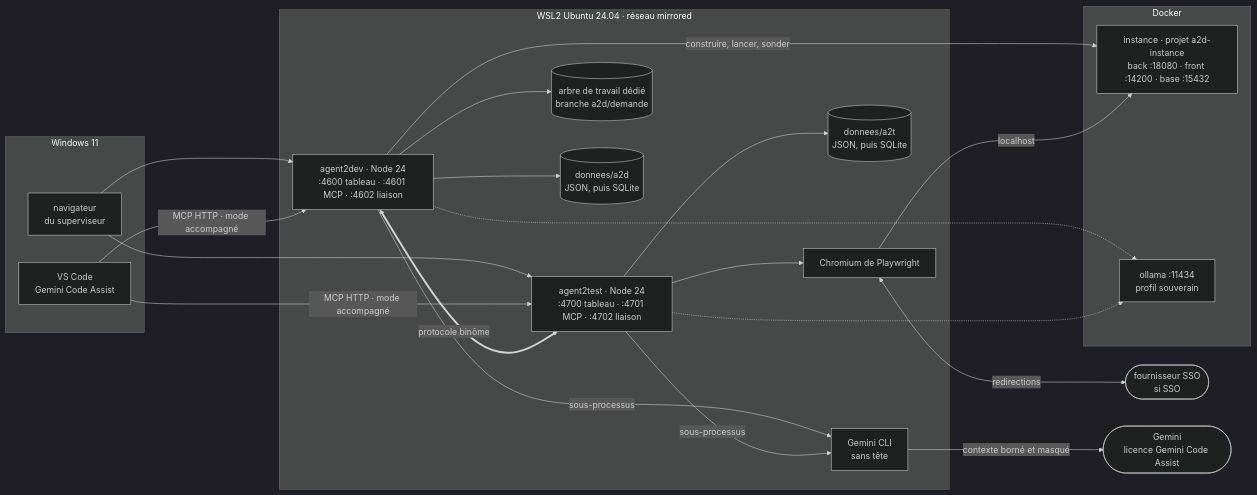
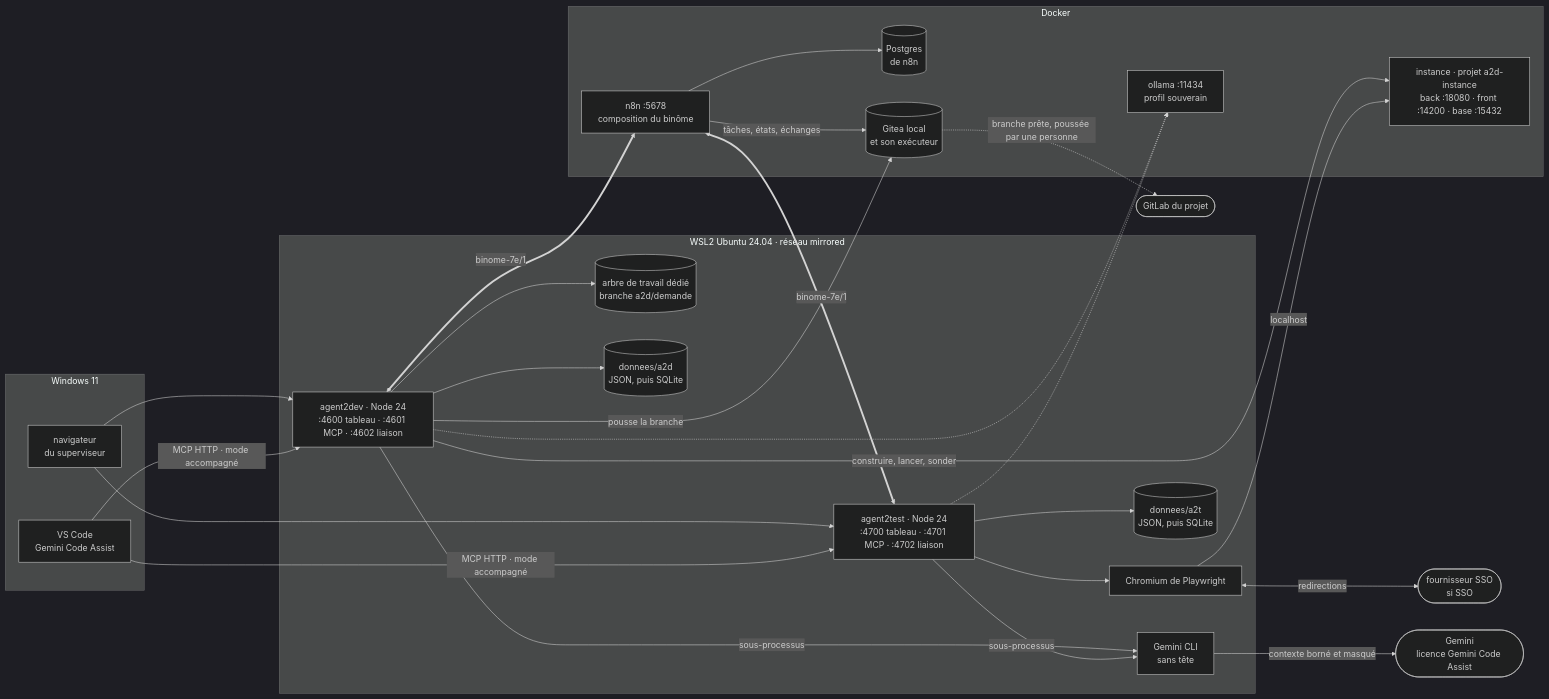
Before and after one commit to FredGarcia/Agent2Dev: the sixth of 6 diagrams in 01-architectureBinome.md, drawn with Mermaid (dark theme). The commit also changed other lines of this file and 5 other files, not shown here.

````diff
--- a/01-architectureBinome.md
+++ b/01-architectureBinome.md
@@ -744,39 +762,48 @@
 ```mermaid
 flowchart LR
   IDP(["fournisseur SSO<br/>si SSO"])
   GCP(["Gemini<br/>licence Gemini Code Assist"])
+  GL(["GitLab du projet"])
   subgraph WIN["Windows 11"]
     VSC["VS Code<br/>Gemini Code Assist"]
     NAV["navigateur<br/>du superviseur"]
   end
   subgraph WSL["WSL2 Ubuntu 24.04 · réseau mirrored"]
     A2D["agent2dev · Node 24<br/>:4600 tableau · :4601 MCP · :4602 liaison"]
     A2T["agent2test · Node 24<br/>:4700 tableau · :4701 MCP · :4702 liaison"]
     CLI["Gemini CLI<br/>sans tête"]
     WT[("arbre de travail dédié<br/>branche a2d/demande")]
     DDEV[("donnees/a2d<br/>JSON, puis SQLite")]
     DTST[("donnees/a2t<br/>JSON, puis SQLite")]
     CHR["Chromium de Playwright"]
   end
   subgraph DOCK["Docker"]
+    N8N["n8n :5678<br/>composition du binôme"]
+    PG[("Postgres<br/>de n8n")]
+    GITEA[("Gitea local<br/>et son exécuteur")]
     INST["instance · projet a2d-instance<br/>back :18080 · front :14200 · base :15432"]
     OLL["ollama :11434<br/>profil souverain"]
   end
   NAV --> A2D
   NAV --> A2T
   VSC -->|"MCP HTTP · mode accompagné"| A2D
   VSC -->|"MCP HTTP · mode accompagné"| A2T
-  A2D <==>|"protocole binôme"| A2T
+  A2D <==>|"binome-7e/1"| N8N
+  N8N <==>|"binome-7e/1"| A2T
+  N8N --> PG
+  N8N -->|"tâches, états, échanges"| GITEA
+  A2D -->|"pousse la branche"| GITEA
+  GITEA -.->|"branche prête, poussée par une personne"| GL
   A2D -->|"sous-processus"| CLI
   A2T -->|"sous-processus"| CLI
   CLI -->|"contexte borné et masqué"| GCP
   A2D --> WT
   A2D --> DDEV
   A2T --> DTST
   A2D -->|"construire, lancer, sonder"| INST
   A2T --> CHR
   CHR -->|"localhost"| INST
   CHR <-->|"redirections"| IDP
   A2D -.-> OLL
   A2T -.-> OLL
 ```
````
